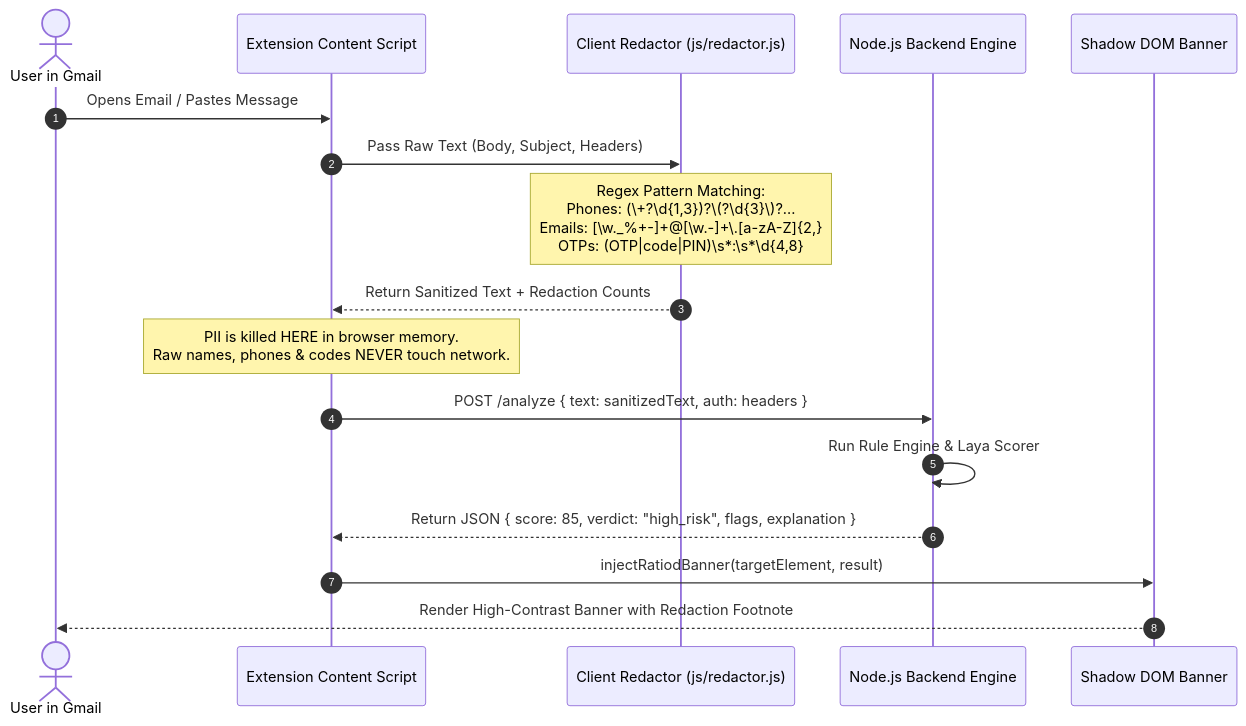
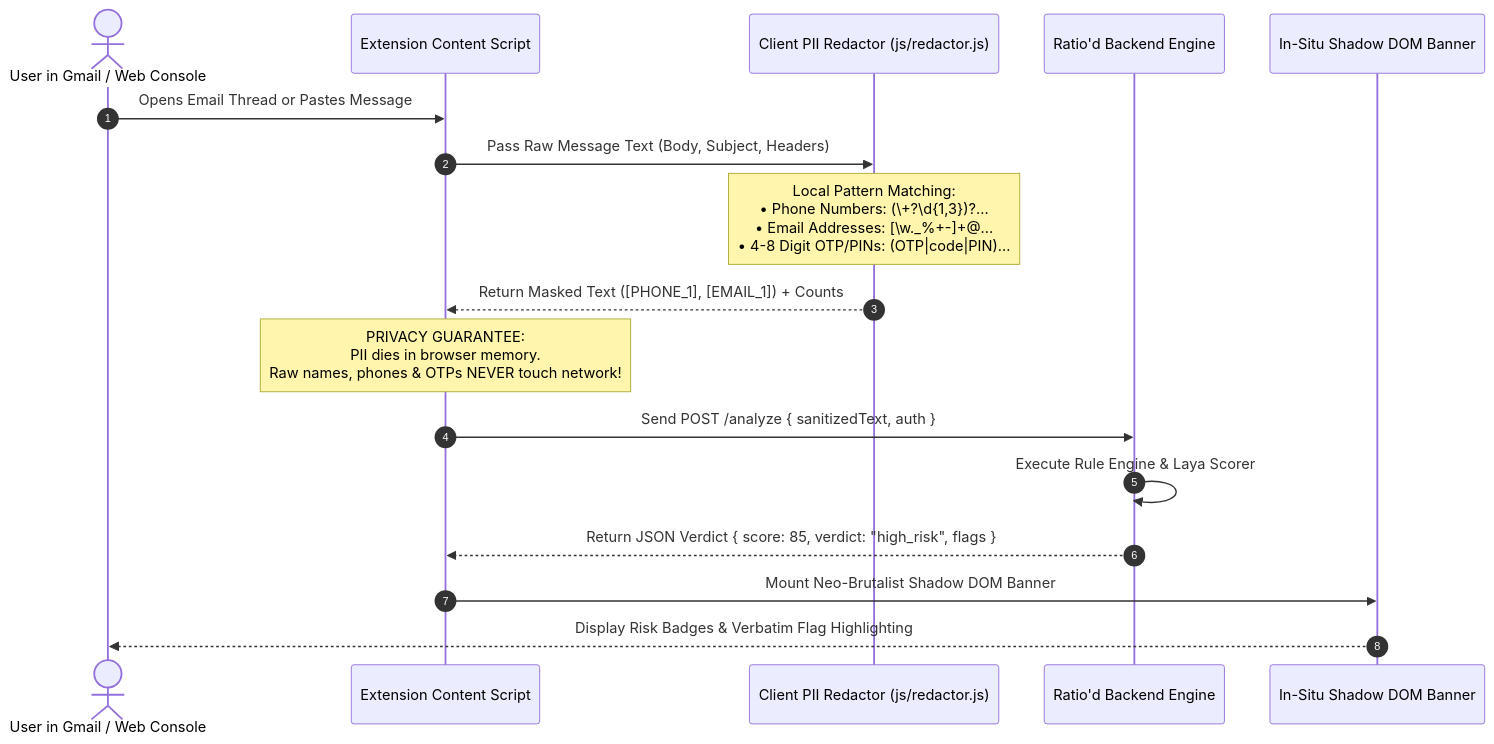
The third of 4 diagrams in README.md (VedxntDev/Ratio-d), drawn with Mermaid before and after one commit. The commit also changed other lines of this file, not shown here.

Commit message:
Redesign all architecture diagrams into crystal-clear, layman-friendly 5-stage Eraser.io style flowcharts

````diff
--- a/README.md
+++ b/README.md
@@ -308,20 +310,20 @@
 ```mermaid
 sequenceDiagram
     autonumber
-    actor User as User in Gmail
+    actor User as User in Gmail / Web Console
     participant CS as Extension Content Script
-    participant Redactor as Client Redactor (js/redactor.js)
-    participant Server as Node.js Backend Engine
-    participant ShadowDOM as Shadow DOM Banner
+    participant Redactor as Client PII Redactor (js/redactor.js)
+    participant Server as Ratio'd Backend Engine
+    participant ShadowDOM as In-Situ Shadow DOM Banner
 
-    User->>CS: Opens Email / Pastes Message
-    CS->>Redactor: Pass Raw Text (Body, Subject, Headers)
-    Note over Redactor: Regex Pattern Matching:<br/>Phones: (\+?\d{1,3})?\(?\d{3}\)?...<br/>Emails: [\w._%+-]+@[\w.-]+\.[a-zA-Z]{2,}<br/>OTPs: (OTP|code|PIN)\s*:\s*\d{4,8}
-    Redactor-->>CS: Return Sanitized Text + Redaction Counts
-    Note over CS: PII is killed HERE in browser memory.<br/>Raw names, phones & codes NEVER touch network.
-    CS->>Server: POST /analyze { text: sanitizedText, auth: headers }
-    Server->>Server: Run Rule Engine & Laya Scorer
-    Server-->>CS: Return JSON { score: 85, verdict: "high_risk", flags, explanation }
-    CS->>ShadowDOM: injectRatiodBanner(targetElement, result)
-    ShadowDOM-->>User: Render High-Contrast Banner with Redaction Footnote
+    User->>CS: Opens Email Thread or Pastes Message
+    CS->>Redactor: Pass Raw Message Text (Body, Subject, Headers)
+    Note over Redactor: Local Pattern Matching:<br/>• Phone Numbers: (\+?\d{1,3})?...<br/>• Email Addresses: [\w._%+-]+@...<br/>• 4-8 Digit OTP/PINs: (OTP|code|PIN)...
+    Redactor-->>CS: Return Masked Text ([PHONE_1], [EMAIL_1]) + Counts
+    Note over CS: PRIVACY GUARANTEE:<br/>PII dies in browser memory.<br/>Raw names, phones & OTPs NEVER touch network!
+    CS->>Server: Send POST /analyze { sanitizedText, auth }
+    Server->>Server: Execute Rule Engine & Laya Scorer
+    Server-->>CS: Return JSON Verdict { score: 85, verdict: "high_risk", flags }
+    CS->>ShadowDOM: Mount Neo-Brutalist Shadow DOM Banner
+    ShadowDOM-->>User: Display Risk Badges & Verbatim Flag Highlighting
 ```
````
